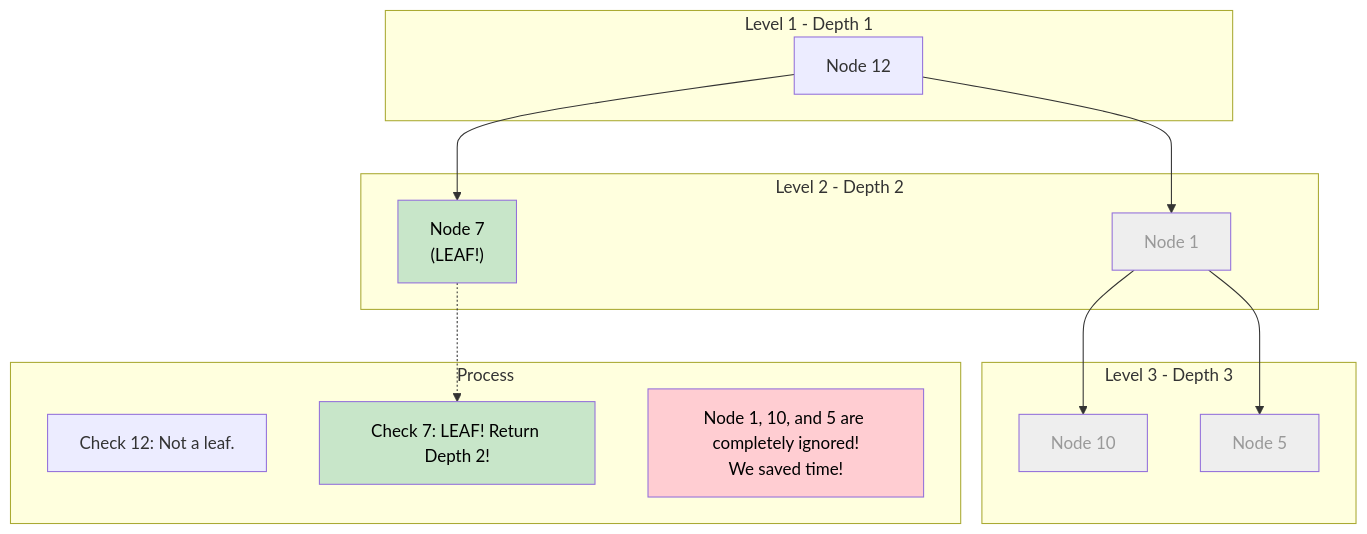
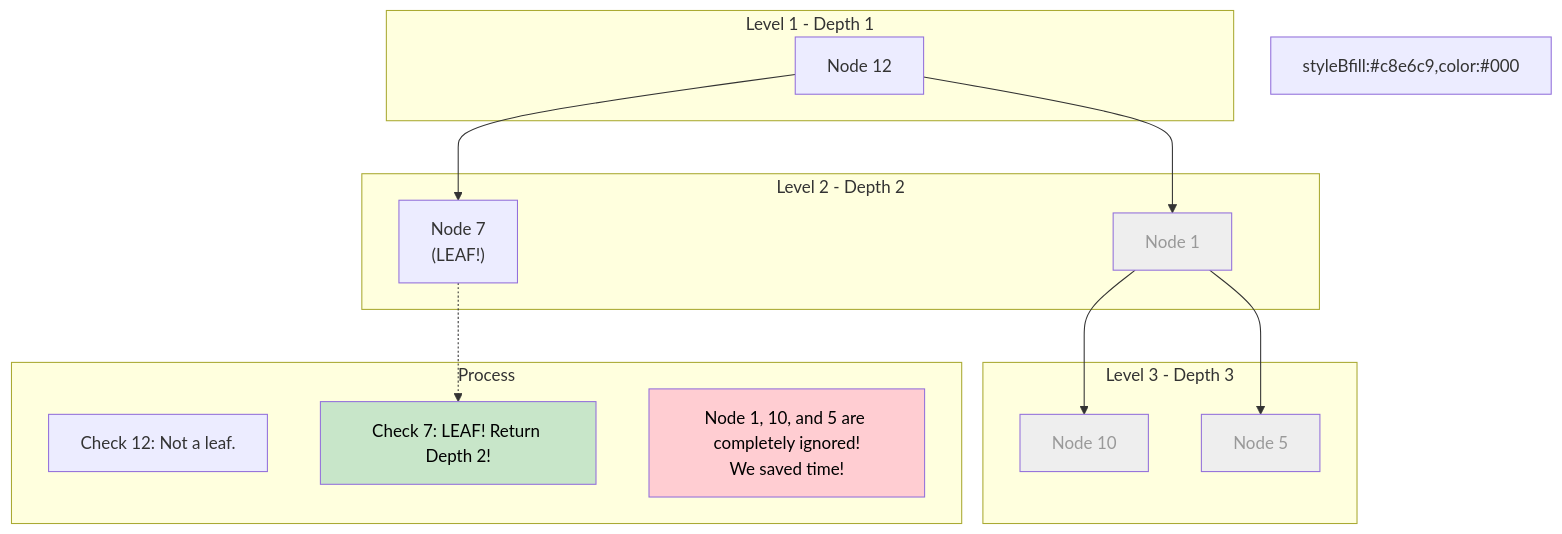
The diagram in 11 - Tree Breadth First Search/problem_05_minimum_depth_of_binary_tree_walkthrough.md (vadde/DSA), drawn with Mermaid before and after one commit. The commit also changed 245 other files, not shown here.

First line of the commit message:
fix: Forensic fix of all Mermaid rendering issues across entire DSA repo + add pre-commit validation infrastructure

````diff
--- a/11 - Tree Breadth First Search/problem_05_minimum_depth_of_binary_tree_walkthrough.md
+++ b/11 - Tree Breadth First Search/problem_05_minimum_depth_of_binary_tree_walkthrough.md
@@ -57,36 +57,36 @@
 ```mermaid
 flowchart TD
-    subgraph Level 1 - Depth 1
+    subgraph Level1Depth1 ["Level 1 - Depth 1"]
         A["Node 12"]
     end
     
-    subgraph Level 2 - Depth 2
+    subgraph Level2Depth2 ["Level 2 - Depth 2"]
         B["Node 7\n(LEAF!)"]
         C["Node 1"]
     end
     
-    subgraph Level 3 - Depth 3
+    subgraph Level3Depth3 ["Level 3 - Depth 3"]
         D["Node 10"]
         E["Node 5"]
     end
-    
-    A --> B
-    A --> C
+
+A --> B
+A --> C
     C --> D
-    C --> E
+C --> E
     
     subgraph Process
         P1["Check 12: Not a leaf."]
         P2["Check 7: LEAF! Return Depth 2!"]
         P3["Node 1, 10, and 5 are completely ignored!\nWe saved time!"]
     end
-    
-    B -.-> P2
-    
-    style B fill:#c8e6c9,color:#000
+
+B -.-> P2
+
+styleBfill:#c8e6c9,color:#000
     style P2 fill:#c8e6c9,color:#000
     style C fill:#eeeeee,color:#999
     style D fill:#eeeeee,color:#999
     style E fill:#eeeeee,color:#999
     style P3 fill:#ffcdd2,color:#000
 ```
````
